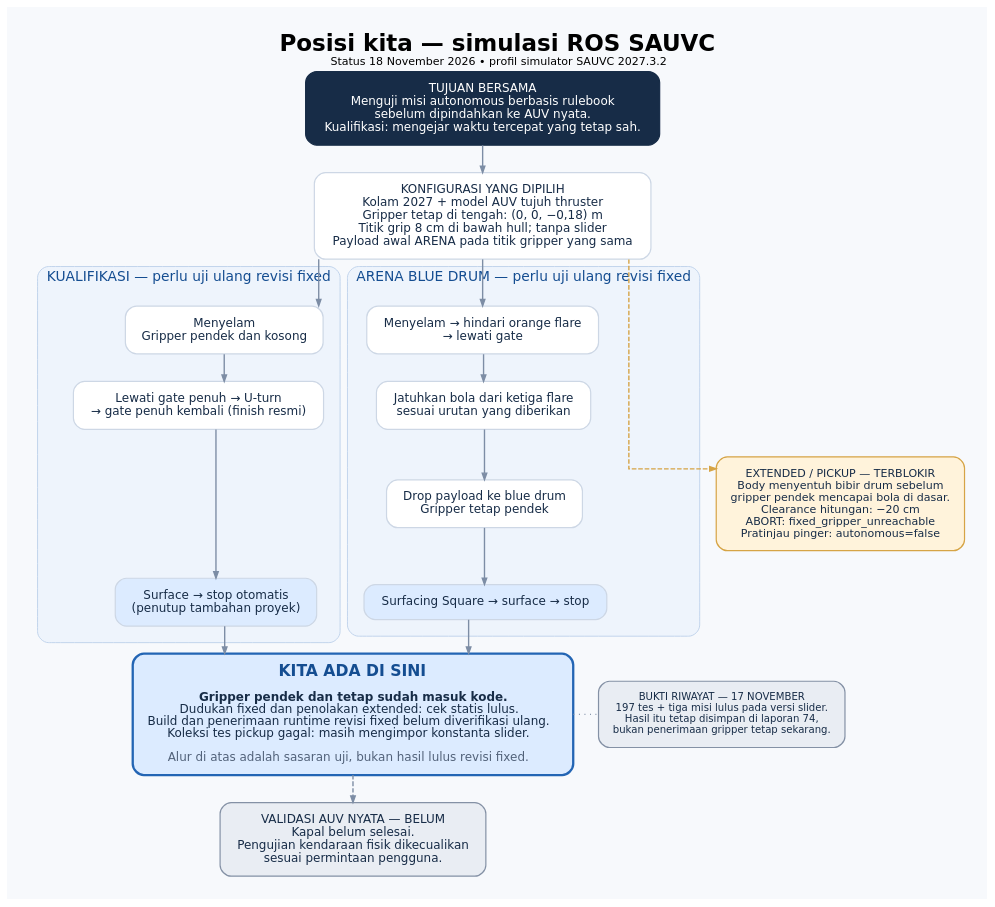
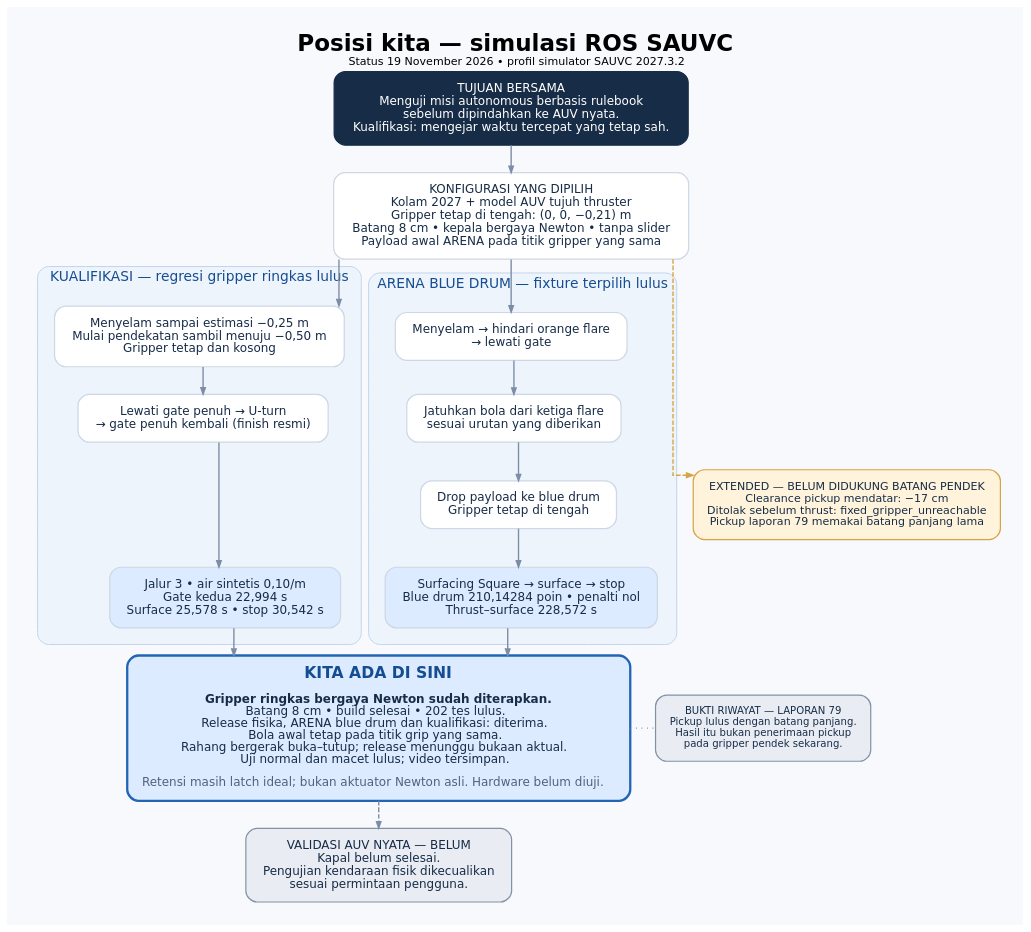
Before and after one commit to Customize5773/AUV: the diagram in doc/diagrams/status-simulasi-sauvc.dot, drawn with Graphviz. The commit also changed 34 other files, not shown here.

```diff
--- a/doc/diagrams/status-simulasi-sauvc.dot
+++ b/doc/diagrams/status-simulasi-sauvc.dot
@@ -1,50 +1,50 @@
 digraph progress {
   graph [rankdir=TB, newrank=true, bgcolor="#F7F9FC", pad="0.35", nodesep="0.38", ranksep="0.42", splines=ortho,
          fontname="DejaVu Sans", labelloc=t,
-         label=<<FONT POINT-SIZE="25"><B>Posisi kita — simulasi ROS SAUVC</B></FONT><BR/><FONT POINT-SIZE="12">Status 18 November 2026 • profil simulator SAUVC 2027.3.2</FONT>>];
+         label=<<FONT POINT-SIZE="25"><B>Posisi kita — simulasi ROS SAUVC</B></FONT><BR/><FONT POINT-SIZE="12">Status 19 November 2026 • profil simulator SAUVC 2027.3.2</FONT>>];
   node [shape=box, style="rounded,filled", fontname="DejaVu Sans", fontsize=13,
         color="#CDD7E5", fillcolor="white", fontcolor="#172C47", margin="0.22,0.16", penwidth=1.3];
   edge [color="#7D8DA5", arrowsize=0.7, penwidth=1.5];
 
   goal [fillcolor="#172C47", fontcolor="white", color="#172C47",
         label="TUJUAN BERSAMA\nMenguji misi autonomous berbasis rulebook\nsebelum dipindahkan ke AUV nyata.\nKualifikasi: mengejar waktu tercepat yang tetap sah."];
-  platform [label="KONFIGURASI YANG DIPILIH\nKolam 2027 + model AUV tujuh thruster\nGripper tetap di tengah: (0, 0, −0,18) m\nTitik grip 8 cm di bawah hull; tanpa slider\nPayload awal ARENA pada titik gripper yang sama"];
+  platform [label="KONFIGURASI YANG DIPILIH\nKolam 2027 + model AUV tujuh thruster\nGripper tetap di tengah: (0, 0, −0,21) m\nBatang 8 cm • kepala bergaya Newton • tanpa slider\nPayload awal ARENA pada titik gripper yang sama"];
   goal -> platform;
 
   subgraph cluster_q {
-    label="KUALIFIKASI — perlu uji ulang revisi fixed"; fontname="DejaVu Sans"; fontsize=15; fontcolor="#144D91";
+    label="KUALIFIKASI — regresi gripper ringkas lulus"; fontname="DejaVu Sans"; fontsize=15; fontcolor="#144D91";
     color="#BED2EB"; style="rounded,filled"; fillcolor="#EEF4FC"; margin=18;
-    q1 [label="Menyelam\nGripper pendek dan kosong"];
+    q1 [label="Menyelam sampai estimasi −0,25 m\nMulai pendekatan sambil menuju −0,50 m\nGripper tetap dan kosong"];
     q2 [label="Lewati gate penuh → U-turn\n→ gate penuh kembali (finish resmi)"];
-    q3 [label="Surface → stop otomatis\n(penutup tambahan proyek)", fillcolor="#DCEBFF"];
+    q3 [label="Jalur 3 • air sintetis 0,10/m\nGate kedua 22,994 s\nSurface 25,578 s • stop 30,542 s", fillcolor="#DCEBFF"];
     q1 -> q2 -> q3;
   }
   subgraph cluster_a {
-    label="ARENA BLUE DRUM — perlu uji ulang revisi fixed"; fontname="DejaVu Sans"; fontsize=15; fontcolor="#144D91";
+    label="ARENA BLUE DRUM — fixture terpilih lulus"; fontname="DejaVu Sans"; fontsize=15; fontcolor="#144D91";
     color="#BED2EB"; style="rounded,filled"; fillcolor="#EEF4FC"; margin=18;
     a1 [label="Menyelam → hindari orange flare\n→ lewati gate"];
     a2 [label="Jatuhkan bola dari ketiga flare\nsesuai urutan yang diberikan"];
-    a3 [label="Drop payload ke blue drum\nGripper tetap pendek"];
-    a4 [label="Surfacing Square → surface → stop", fillcolor="#DCEBFF"];
+    a3 [label="Drop payload ke blue drum\nGripper tetap di tengah"];
+    a4 [label="Surfacing Square → surface → stop\nBlue drum 210,14284 poin • penalti nol\nThrust–surface 228,572 s", fillcolor="#DCEBFF"];
     a1 -> a2 -> a3 -> a4;
   }
   blocked [fillcolor="#FFF3DB", color="#D6A445", fontsize=12,
-           label="EXTENDED / PICKUP — TERBLOKIR\nBody menyentuh bibir drum sebelum\ngripper pendek mencapai bola di dasar.\nClearance hitungan: −20 cm\nABORT: fixed_gripper_unreachable\nPratinjau pinger: autonomous=false"];
+           label="EXTENDED — BELUM DIDUKUNG BATANG PENDEK\nClearance pickup mendatar: −17 cm\nDitolak sebelum thrust: fixed_gripper_unreachable\nPickup laporan 79 memakai batang panjang lama"];
   platform -> q1; platform -> a1;
   platform -> blocked [style=dashed, color="#D6A445"];
   {rank=same; q1; a1; q1 -> a1 [style=invis];}
   {rank=same; a3; blocked;}
 
   now [fillcolor="#DCEBFF", color="#2365B4", penwidth=2.5,
-       label=<<FONT POINT-SIZE="17" COLOR="#144D91"><B>KITA ADA DI SINI</B></FONT><BR/><BR/><B>Gripper pendek dan tetap sudah masuk kode.</B><BR/>Dudukan fixed dan penolakan extended: cek statis lulus.<BR/>Build dan penerimaan runtime revisi fixed belum diverifikasi ulang.<BR/>Koleksi tes pickup gagal: masih mengimpor konstanta slider.<BR/><BR/><FONT COLOR="#52627A">Alur di atas adalah sasaran uji, bukan hasil lulus revisi fixed.</FONT>>];
+       label=<<FONT POINT-SIZE="17" COLOR="#144D91"><B>KITA ADA DI SINI</B></FONT><BR/><BR/><B>Gripper ringkas bergaya Newton sudah diterapkan.</B><BR/>Batang 8 cm • build selesai • 202 tes lulus.<BR/>Release fisika, ARENA blue drum dan kualifikasi: diterima.<BR/>Bola awal tetap pada titik grip yang sama.<BR/>Rahang bergerak buka–tutup; release menunggu bukaan aktual.<BR/>Uji normal dan macet lulus; video tersimpan.<BR/><BR/><FONT COLOR="#52627A">Retensi masih latch ideal; bukan aktuator Newton asli. Hardware belum diuji.</FONT>>];
   q3 -> now; a4 -> now;
 
   history [fillcolor="#E9EDF3", color="#8491A5", fontsize=11,
-           label="BUKTI RIWAYAT — 17 NOVEMBER\n197 tes + tiga misi lulus pada versi slider.\nHasil itu tetap disimpan di laporan 74,\nbukan penerimaan gripper tetap sekarang."];
+           label="BUKTI RIWAYAT — LAPORAN 79\nPickup lulus dengan batang panjang.\nHasil itu bukan penerimaan pickup\npada gripper pendek sekarang."];
   {rank=same; now; history;}
   now -> history [style=dotted, arrowhead=none, constraint=false];
 
   real [fillcolor="#E9EDF3", color="#8491A5",
         label="VALIDASI AUV NYATA — BELUM\nKapal belum selesai.\nPengujian kendaraan fisik dikecualikan\nsesuai permintaan pengguna."];
   now -> real [style=dashed];
 }
```
